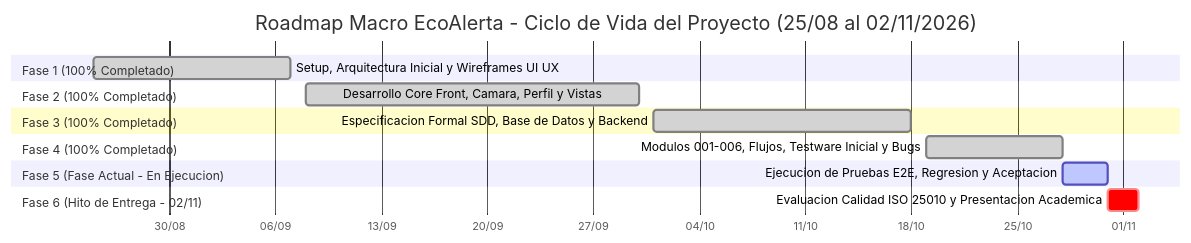
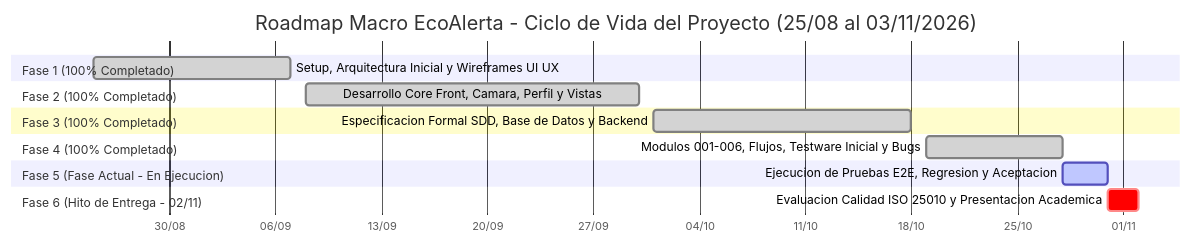
Before and after one commit to Panconmatecocido/EcoAlerta: the first of 2 diagrams in docs/testing/06_CRONOGRAMA_GANTT_EDT_CPM.md, drawn with Mermaid. The commit also changed other lines of this file and 13 other files, not shown here.

````diff
--- a/docs/testing/06_CRONOGRAMA_GANTT_EDT_CPM.md
+++ b/docs/testing/06_CRONOGRAMA_GANTT_EDT_CPM.md
@@ -23,18 +23,18 @@
 ```mermaid
 gantt
-    title Roadmap Macro EcoAlerta - Ciclo de Vida del Proyecto (25/08 al 02/11/2026)
+    title Roadmap Macro EcoAlerta - Ciclo de Vida del Proyecto (25/08 al 03/11/2026)
     dateFormat  YYYY-MM-DD
     axisFormat  %d/%m
     section Fase 1 (100% Completado)
     Setup, Arquitectura Inicial y Wireframes UI UX :done, f1, 2026-08-25, 2026-09-07
     section Fase 2 (100% Completado)
     Desarrollo Core Front, Camara, Perfil y Vistas :done, f2, 2026-09-08, 2026-09-30
     section Fase 3 (100% Completado)
     Especificacion Formal SDD, Base de Datos y Backend :done, f3, 2026-10-01, 2026-10-18
     section Fase 4 (100% Completado)
     Modulos 001-006, Flujos, Testware Inicial y Bugs :done, f4, 2026-10-19, 2026-10-28
     section Fase 5 (Fase Actual - En Ejecucion)
     Ejecucion de Pruebas E2E, Regresion y Aceptacion :active, f5, 2026-10-28, 2026-10-31
     section Fase 6 (Hito de Entrega - 02/11)
     Evaluacion Calidad ISO 25010 y Presentacion Academica :crit, f6, 2026-10-31, 2026-11-02
 ```
````
